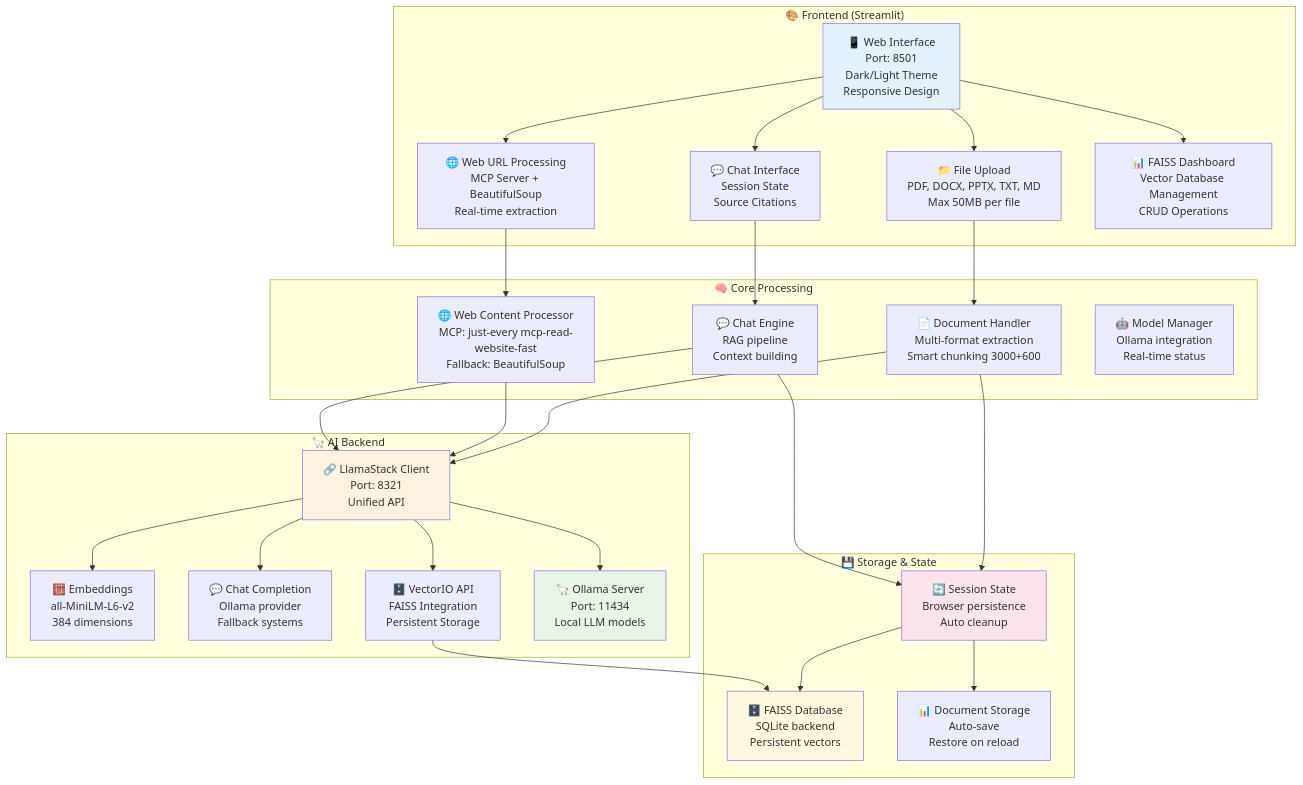
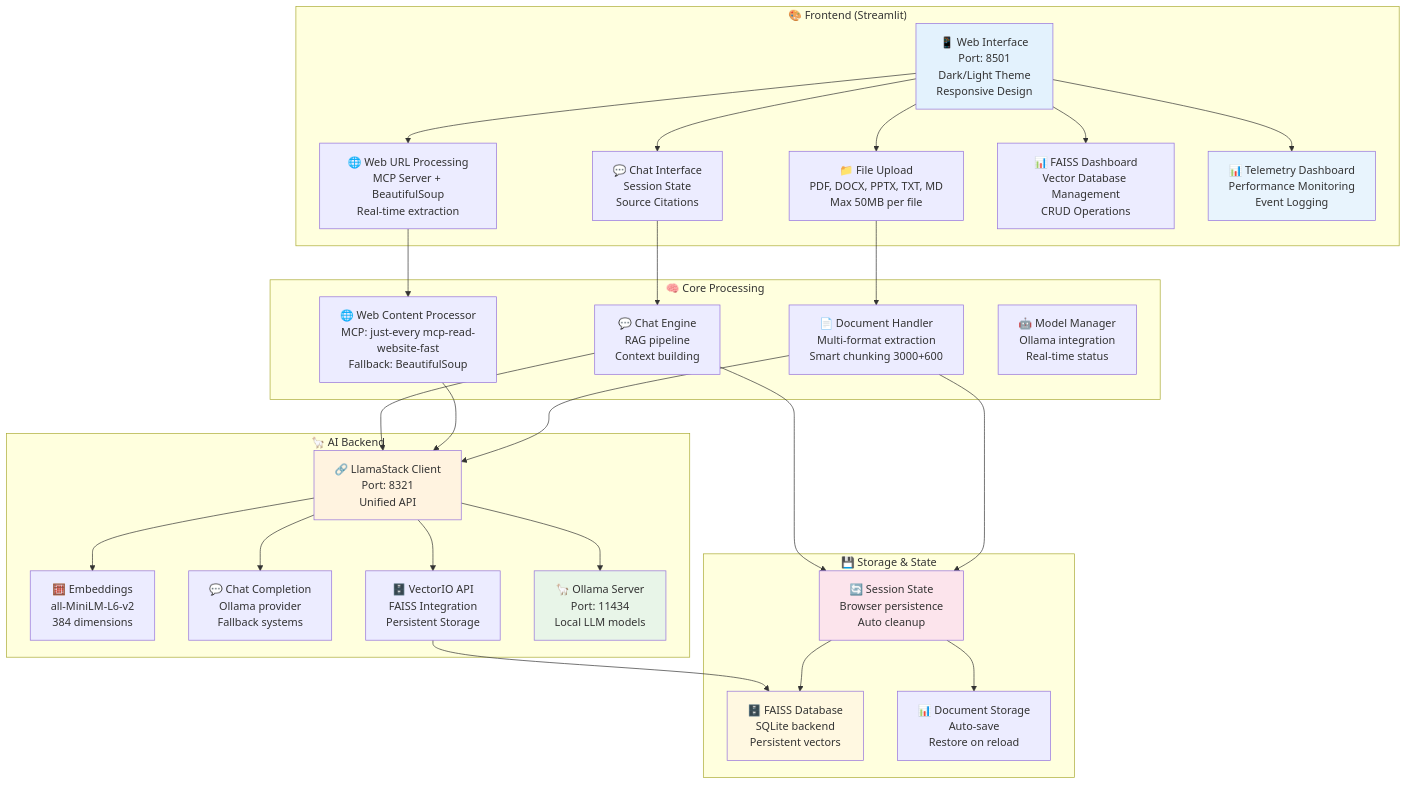
The first of 3 diagrams in README.md (abhijeet-dhumal/llama-stack-rag), drawn with Mermaid before and after one commit. The commit also changed other lines of this file and 12 other files, not shown here.

````diff
--- a/README.md
+++ b/README.md
@@ -128,64 +137,67 @@
 ```mermaid
 graph TB
     subgraph "🎨 Frontend (Streamlit)"
         UI[📱 Web Interface<br/>Port: 8501<br/>Dark/Light Theme<br/>Responsive Design]
         UPLOAD[📁 File Upload<br/>PDF, DOCX, PPTX, TXT, MD<br/>Max 50MB per file]
         WEB_URL[🌐 Web URL Processing<br/>MCP Server + BeautifulSoup<br/>Real-time extraction]
         CHAT[💬 Chat Interface<br/>Session State<br/>Source Citations]
         DASH[📊 FAISS Dashboard<br/>Vector Database Management<br/>CRUD Operations]
+        TELEM[📊 Telemetry Dashboard<br/>Performance Monitoring<br/>Event Logging]
     end
     
     subgraph "🧠 Core Processing"
         DOC_HANDLER[📄 Document Handler<br/>Multi-format extraction<br/>Smart chunking 3000+600]
         WEB_PROC[🌐 Web Content Processor<br/>MCP: just-every mcp-read-website-fast<br/>Fallback: BeautifulSoup]
         CHAT_ENGINE[💬 Chat Engine<br/>RAG pipeline<br/>Context building]
         MODEL_MGR[🤖 Model Manager<br/>Ollama integration<br/>Real-time status]
     end
     
     subgraph "🦙 AI Backend"
         LS_CLIENT[🔗 LlamaStack Client<br/>Port: 8321<br/>Unified API]
         EMBED_API[🧮 Embeddings<br/>all-MiniLM-L6-v2<br/>384 dimensions]
         CHAT_API[💬 Chat Completion<br/>Ollama provider<br/>Fallback systems]
         VECTOR_IO[🗄️ VectorIO API<br/>FAISS Integration<br/>Persistent Storage]
         OLLAMA[🦙 Ollama Server<br/>Port: 11434<br/>Local LLM models]
     end
     
     subgraph "💾 Storage & State"
         SESSION[🔄 Session State<br/>Browser persistence<br/>Auto cleanup]
         FAISS_DB[🗄️ FAISS Database<br/>SQLite backend<br/>Persistent vectors]
         DOC_STORE[📊 Document Storage<br/>Auto-save<br/>Restore on reload]
     end
     
     %% User Flow
     UI --> UPLOAD
     UI --> WEB_URL
     UI --> CHAT
     UI --> DASH
+    UI --> TELEM
     
     %% Processing Flow
     UPLOAD --> DOC_HANDLER
     WEB_URL --> WEB_PROC
     CHAT --> CHAT_ENGINE
     
     %% AI Integration
     DOC_HANDLER --> LS_CLIENT
     WEB_PROC --> LS_CLIENT
     CHAT_ENGINE --> LS_CLIENT
     LS_CLIENT --> EMBED_API
     LS_CLIENT --> CHAT_API
     LS_CLIENT --> VECTOR_IO
     LS_CLIENT --> OLLAMA
     
     %% Storage
     DOC_HANDLER --> SESSION
     CHAT_ENGINE --> SESSION
     SESSION --> FAISS_DB
     SESSION --> DOC_STORE
     VECTOR_IO --> FAISS_DB
     
     style UI fill:#e3f2fd
     style LS_CLIENT fill:#fff3e0
     style OLLAMA fill:#e8f5e8
     style SESSION fill:#fce4ec
     style FAISS_DB fill:#fff8e1
+    style TELEM fill:#e8f4fd
 ```
````
